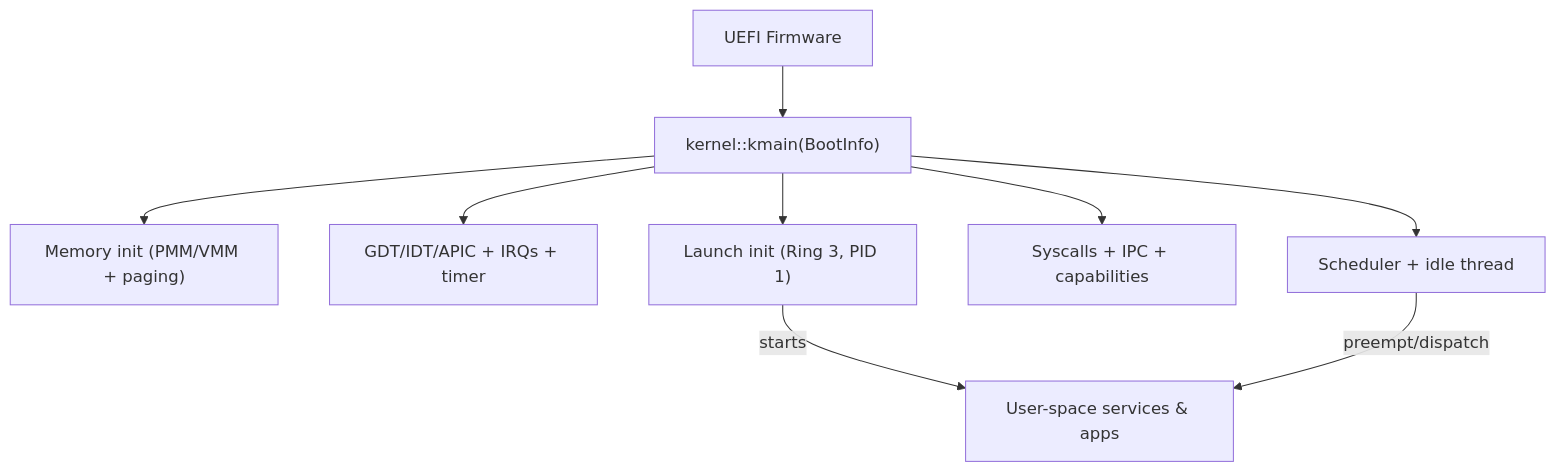
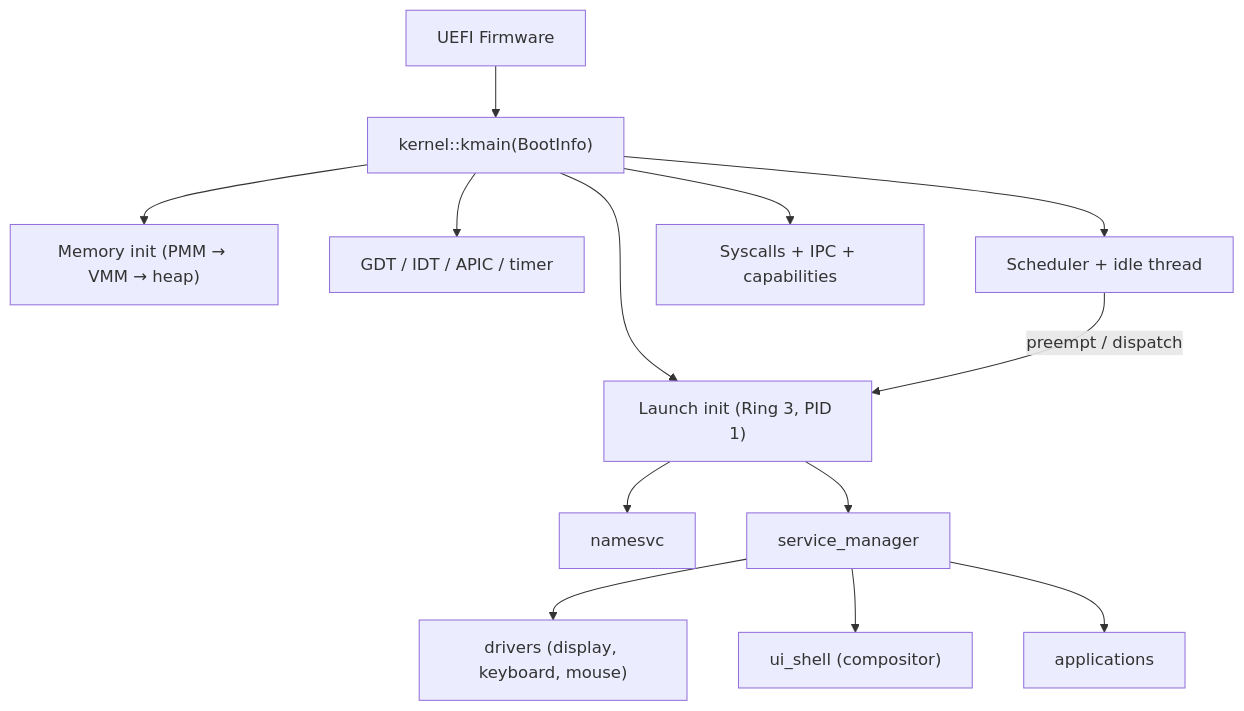
Before and after one commit to fpedrolucas95/Atom: the first of 2 diagrams in README.md, drawn with Mermaid. The commit also changed other lines of this file, not shown here.

````diff
--- a/README.md
+++ b/README.md
@@ -48,11 +98,15 @@
 ```mermaid
 flowchart TB
     UEFI["UEFI Firmware"] --> KMAIN["kernel::kmain(BootInfo)"]
-    KMAIN --> MM["Memory init (PMM/VMM + paging)"]
-    KMAIN --> CPU["GDT/IDT/APIC + IRQs + timer"]
+    KMAIN --> MM["Memory init (PMM → VMM → heap)"]
+    KMAIN --> CPU["GDT / IDT / APIC / timer"]
     KMAIN --> SCHED["Scheduler + idle thread"]
     KMAIN --> ABI["Syscalls + IPC + capabilities"]
     KMAIN --> INIT["Launch init (Ring 3, PID 1)"]
-    INIT -->|starts| USR["User-space services & apps"]
-    SCHED -->|preempt/dispatch| USR
+    INIT --> NS["namesvc"]
+    INIT --> SM["service_manager"]
+    SM --> DRV["drivers (display, keyboard, mouse)"]
+    SM --> UI["ui_shell (compositor)"]
+    SM --> APPS["applications"]
+    SCHED -->|"preempt / dispatch"| INIT
 ```
````
